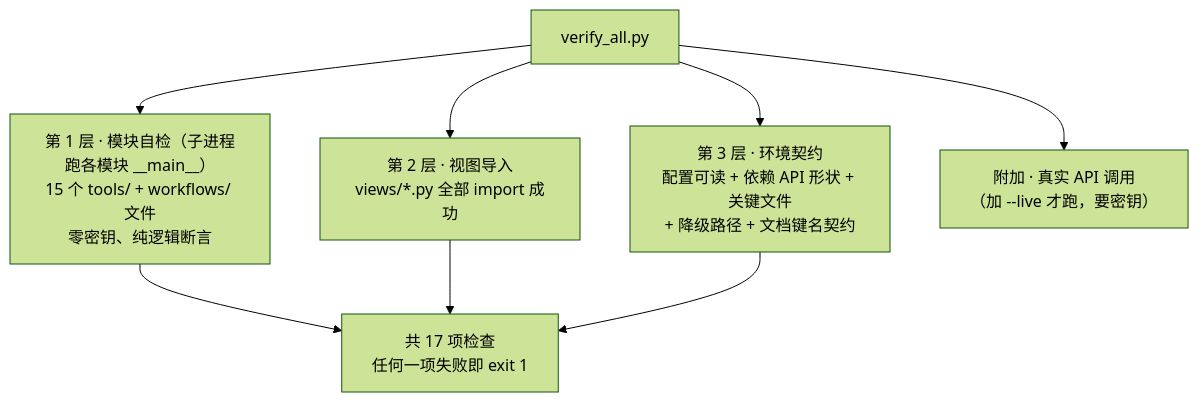
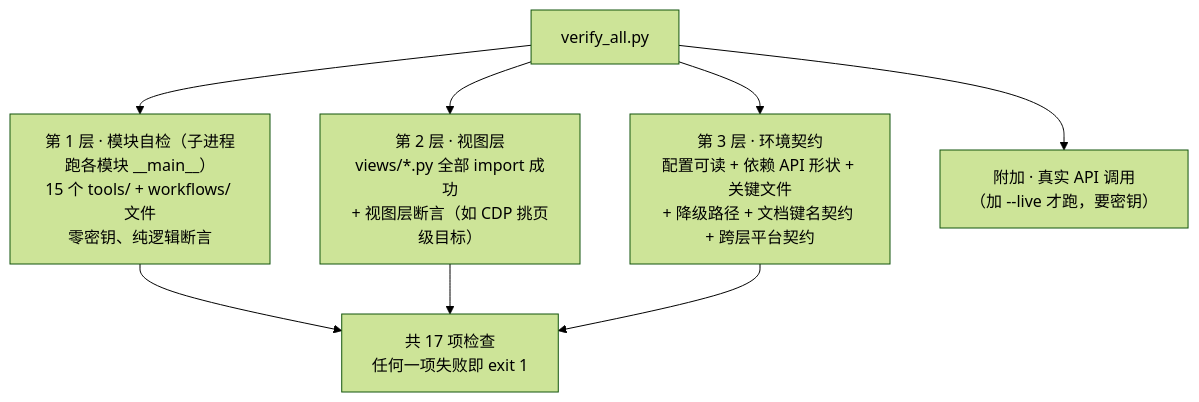
The sixth of 15 diagrams in Media_Agent/README.md (qianxi-00/JXSD), drawn with Mermaid (forest theme) before and after one commit. The commit also changed other lines of this file and 17 other files, not shown here.

````diff
--- a/Media_Agent/README.md
+++ b/Media_Agent/README.md
@@ -224,11 +224,11 @@
 ```mermaid
 flowchart TB
     V["verify_all.py"]
     V --> L1["第 1 层 · 模块自检（子进程跑各模块 __main__）<br/>15 个 tools/ + workflows/ 文件<br/>零密钥、纯逻辑断言"]
-    V --> L2["第 2 层 · 视图导入<br/>views/*.py 全部 import 成功"]
-    V --> L3["第 3 层 · 环境契约<br/>配置可读 + 依赖 API 形状 + 关键文件<br/>+ 降级路径 + 文档键名契约"]
+    V --> L2["第 2 层 · 视图层<br/>views/*.py 全部 import 成功<br/>+ 视图层断言（如 CDP 挑页级目标）"]
+    V --> L3["第 3 层 · 环境契约<br/>配置可读 + 依赖 API 形状 + 关键文件<br/>+ 降级路径 + 文档键名契约 + 跨层平台契约"]
     V --> LX["附加 · 真实 API 调用<br/>（加 --live 才跑，要密钥）"]
     L1 --> R["共 17 项检查<br/>任何一项失败即 exit 1"]
     L2 --> R
     L3 --> R
 ```
````
